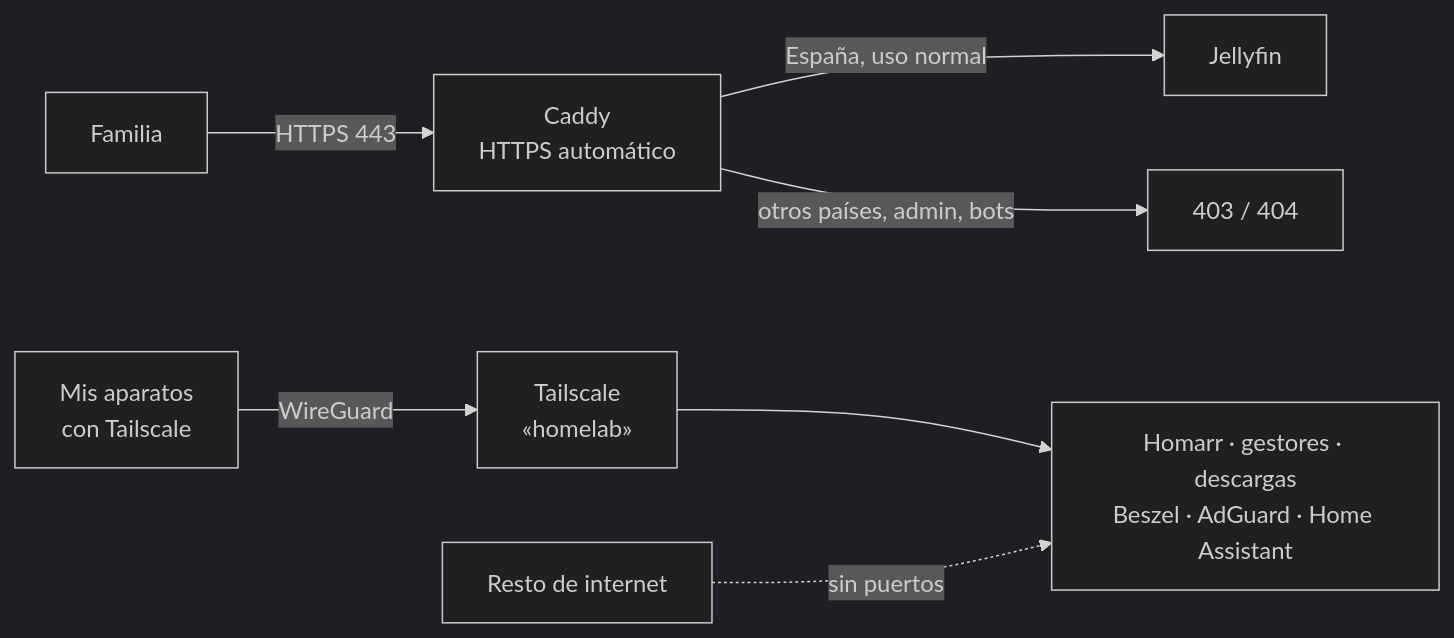
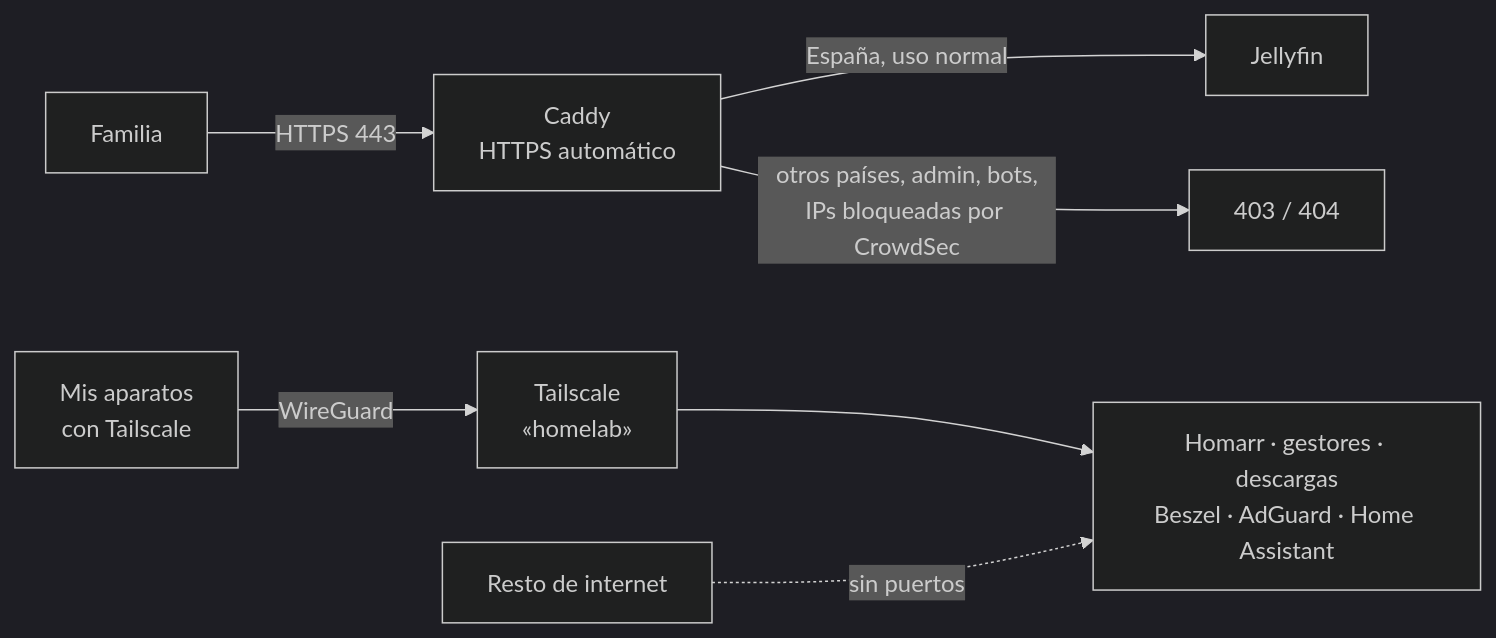
One commit to m0uwastaken/homelab changed the third of 4 diagrams in README.md. Above: the diagram before and after it, drawn with Mermaid (dark theme). The commit also changed other lines of this file and 11 other files, not shown here.

First line of the commit message:
2 y 3 de noviembre: CrowdSec, socket de Docker en solo lectura y copias

````diff
--- a/README.md
+++ b/README.md
@@ -146,9 +148,9 @@
 ```mermaid
 flowchart LR
     FAM["Familia"] -->|"HTTPS 443"| CADDY["Caddy<br/>HTTPS automático"]
     CADDY -->|"España, uso normal"| JF["Jellyfin"]
-    CADDY -->|"otros países, admin, bots"| X1["403 / 404"]
+    CADDY -->|"otros países, admin, bots,<br/>IPs bloqueadas por CrowdSec"| X1["403 / 404"]
     YO["Mis aparatos<br/>con Tailscale"] -->|"WireGuard"| TS["Tailscale<br/>«homelab»"]
     TS --> APPS["Homarr · gestores · descargas<br/>Beszel · AdGuard · Home Assistant"]
     NET["Resto de internet"] -.->|"sin puertos"| APPS
 ```
````
